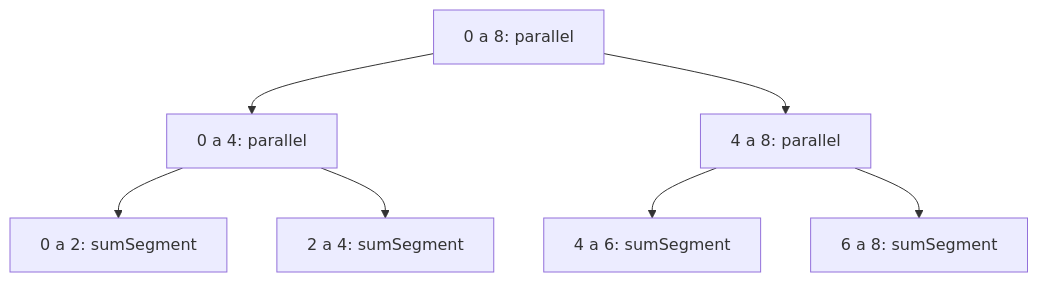
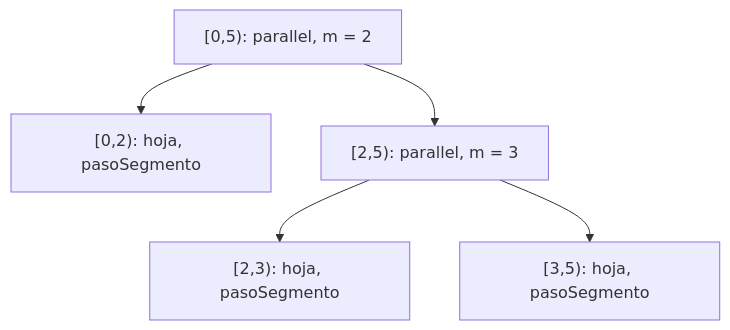
The diagram in docs/paralelizacion.md (EjerciciosClasesCardel/pfc-taller-4-simulacion-particulas), drawn with Mermaid before and after one commit. The commit also changed other lines of this file and 2 other files, not shown here.

````diff
--- a/docs/paralelizacion.md
+++ b/docs/paralelizacion.md
@@ -69,9 +37,7 @@
 ```mermaid
 graph TD
-    A["0 a 8: parallel"] --> B["0 a 4: parallel"]
-    A --> C["4 a 8: parallel"]
-    B --> D["0 a 2: sumSegment"]
-    B --> E["2 a 4: sumSegment"]
-    C --> F["4 a 6: sumSegment"]
-    C --> G["6 a 8: sumSegment"]
+    A["[0,5): parallel, m = 2"] --> B["[0,2): hoja, pasoSegmento"]
+    A --> C["[2,5): parallel, m = 3"]
+    C --> D["[2,3): hoja, pasoSegmento"]
+    C --> E["[3,5): hoja, pasoSegmento"]
 ```
````
